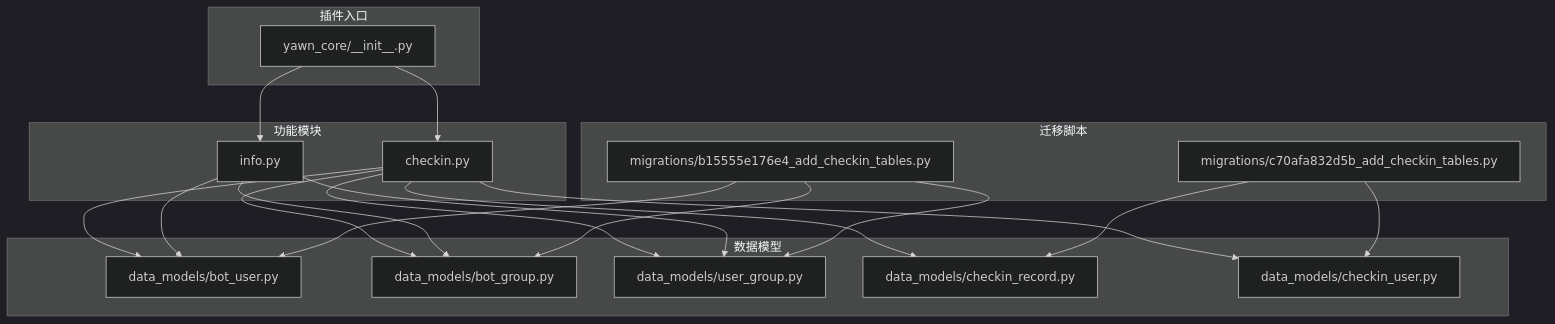
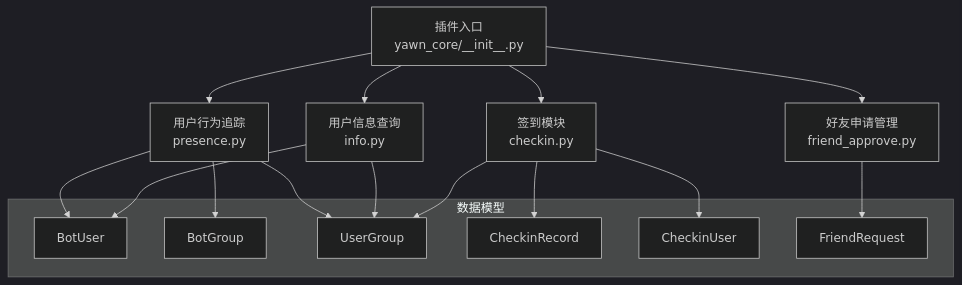
Before and after one commit to Wohaokunr/yawn_bot: the first of 7 diagrams in .qoder/repowiki/zh/content/核心功能模块/核心功能模块.md, drawn with Mermaid (dark theme). The commit also changed other lines of this file and 60 other files, not shown here.

````diff
--- a/.qoder/repowiki/zh/content/核心功能模块/核心功能模块.md
+++ b/.qoder/repowiki/zh/content/核心功能模块/核心功能模块.md
@@ -47,36 +40,24 @@
 ```mermaid
 graph TB
-subgraph "插件入口"
-A["yawn_core/__init__.py"]
+A["插件入口<br/>yawn_core/__init__.py"] --> B["签到模块<br/>checkin.py"]
+A --> C["好友申请管理<br/>friend_approve.py"]
+A --> D["用户信息查询<br/>info.py"]
+A --> E["用户行为追踪<br/>presence.py"]
+subgraph "数据模型"
+M1["BotUser"]
+M2["BotGroup"]
+M3["UserGroup"]
+M4["CheckinRecord"]
+M5["CheckinUser"]
+M6["FriendRequest"]
 end
-subgraph "功能模块"
-B["checkin.py"]
-C["info.py"]
-end
-subgraph "数据模型"
-D["data_models/bot_user.py"]
-E["data_models/bot_group.py"]
-F["data_models/user_group.py"]
-G["data_models/checkin_record.py"]
-H["data_models/checkin_user.py"]
-end
-subgraph "迁移脚本"
-I["migrations/c70afa832d5b_add_checkin_tables.py"]
-J["migrations/b15555e176e4_add_checkin_tables.py"]
-end
-A --> B
-A --> C
-B --> D
-B --> E
-B --> F
-B --> G
-B --> H
-C --> D
-C --> E
-C --> F
-I --> G
-I --> H
-J --> D
-J --> E
-J --> F
+B --> M3
+B --> M4
+B --> M5
+C --> M6
+D --> M1
+D --> M3
+E --> M1
+E --> M2
+E --> M3
 ```
````
